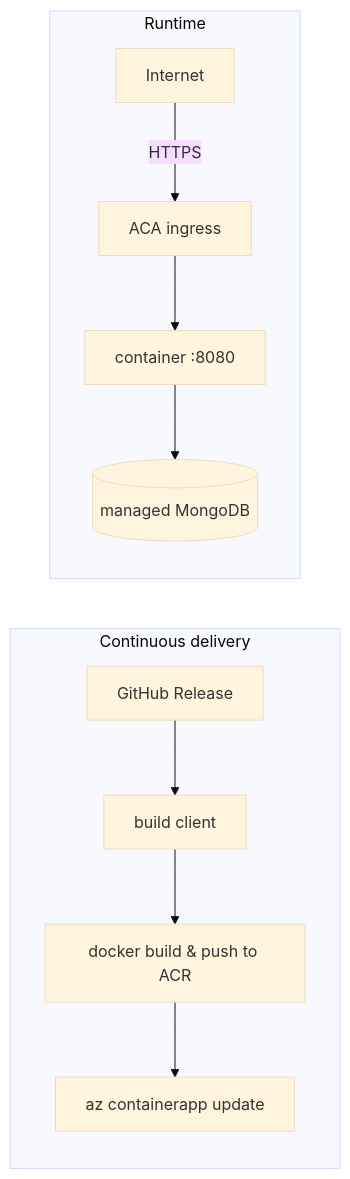
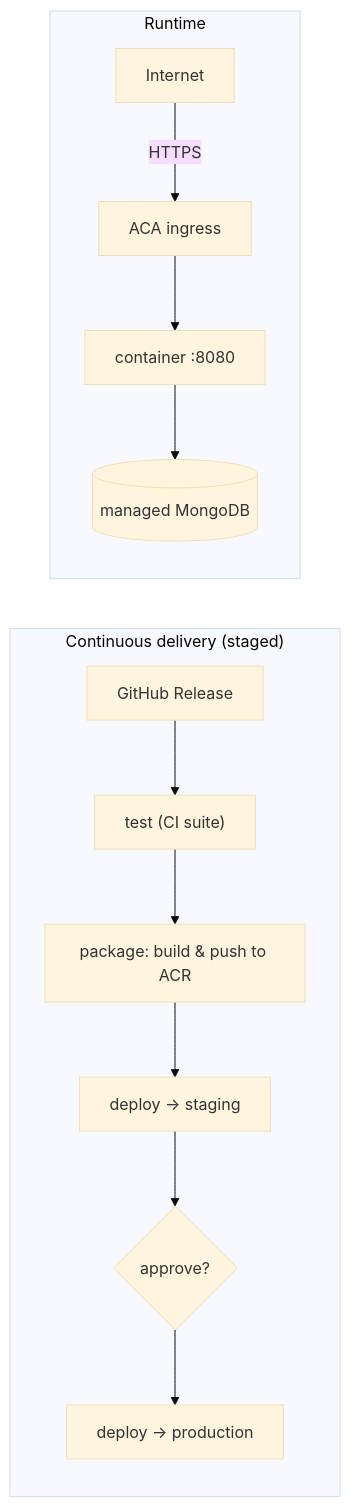
One commit to Wolfi-OwO/network-visualizer changed the diagram in deploy/README.md. Above: the diagram before and after it, drawn with Mermaid (base theme). The commit also changed other lines of this file and 37 other files, not shown here.

First line of the commit message:
feat: glassy UI refresh, use-case docs, high-res screenshots & staged release

````diff
--- a/deploy/README.md
+++ b/deploy/README.md
@@ -8,9 +8,9 @@
 ```mermaid
 flowchart LR
-    subgraph delivery["Continuous delivery"]
-        release["GitHub Release"] --> build["build client"] --> push["docker build & push to ACR"] --> update["az containerapp update"]
+    subgraph delivery["Continuous delivery (staged)"]
+        release["GitHub Release"] --> test["test (CI suite)"] --> package["package: build & push to ACR"] --> staging["deploy → staging"] --> gate{"approve?"} --> prod["deploy → production"]
     end
     subgraph runtime["Runtime"]
         internet["Internet"] -- HTTPS --> ingress["ACA ingress"] --> container["container :8080"] --> mongo[("managed MongoDB")]
     end
 ```
````
